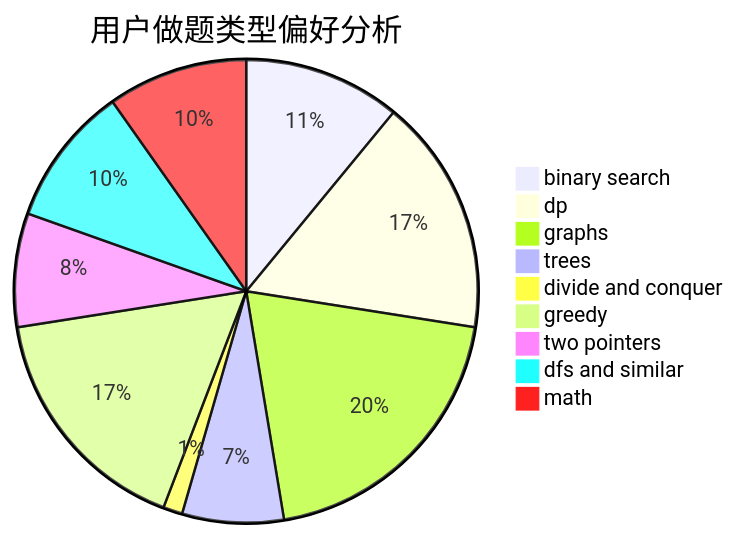
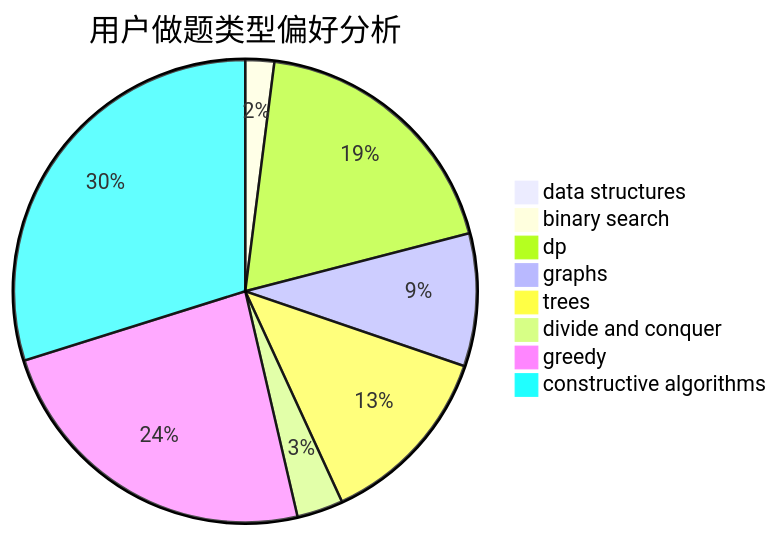
Before and after one commit to sherpahu/cfrs.github.io: the second of 3 diagrams in docs/user/u1270.md, drawn with Mermaid. The commit also changed other lines of this file and 2775 other files, not shown here.

````diff
--- a/docs/user/u1270.md
+++ b/docs/user/u1270.md
@@ -23,12 +23,11 @@
 ```mermaid
 pie title 用户做题类型偏好分析
-    "binary search" :  65
-    "dp" :  98
-    "graphs" :  118
-    "trees" :  42
+    "data structures" :  0
+    "binary search" :  5
+    "dp" :  47
+    "graphs" :  23
+    "trees" :  32
     "divide and conquer" :  8
-    "greedy" :  99
-    "two pointers" :  47
-    "dfs and similar" :  58
-    "math" :  58
+    "greedy" :  59
+    "constructive algorithms" :  74
 ```
````
